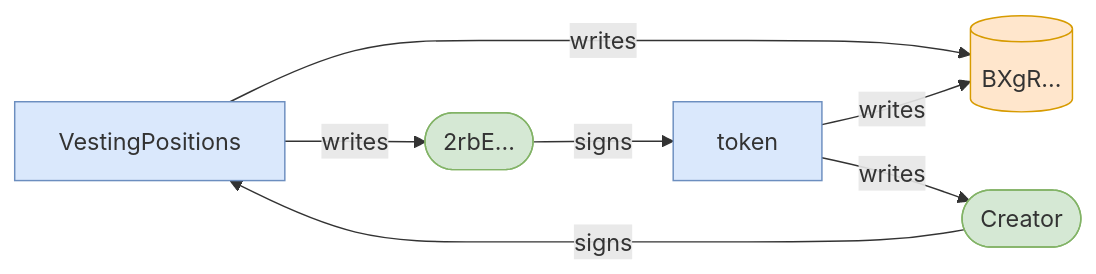
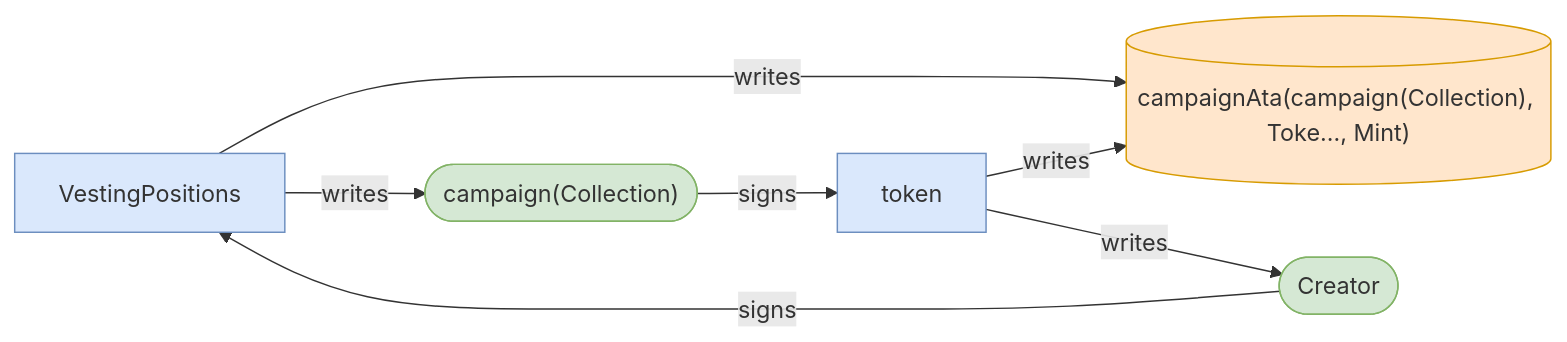
Diagram 11 of 12 in babelfish-tests/test-report/close_campaign_succeeds_when_vault_empty.md (cds-turbin3/vesting-position), drawn with Mermaid before and after one commit. The commit also changed other lines of this file and 51 other files, not shown here.

````diff
--- a/babelfish-tests/test-report/close_campaign_succeeds_when_vault_empty.md
+++ b/babelfish-tests/test-report/close_campaign_succeeds_when_vault_empty.md
@@ -533,17 +463,17 @@
 ```mermaid
 flowchart LR
     VestingPositions["VestingPositions"]:::program
     Creator(["Creator"]):::signer
-    2rbE(["2rbE…"]):::signer
-    BXgR[("BXgR…")]:::state
+    campaignCollection(["campaign(Collection)"]):::signer
+    campaignAtacampaignCollectionTokeMint[("campaignAta(campaign(Collection), Toke…, Mint)")]:::state
     token["token"]:::program
     Creator -->|signs| VestingPositions
-    VestingPositions -->|writes| 2rbE
-    VestingPositions -->|writes| BXgR
-    token -->|writes| BXgR
+    VestingPositions -->|writes| campaignCollection
+    VestingPositions -->|writes| campaignAtacampaignCollectionTokeMint
+    token -->|writes| campaignAtacampaignCollectionTokeMint
     token -->|writes| Creator
-    2rbE -->|signs| token
+    campaignCollection -->|signs| token
     classDef program fill:#dae8fc,stroke:#6c8ebf;
     classDef signer fill:#d5e8d4,stroke:#82b366;
     classDef state fill:#ffe6cc,stroke:#d79b00;
 ```
````
